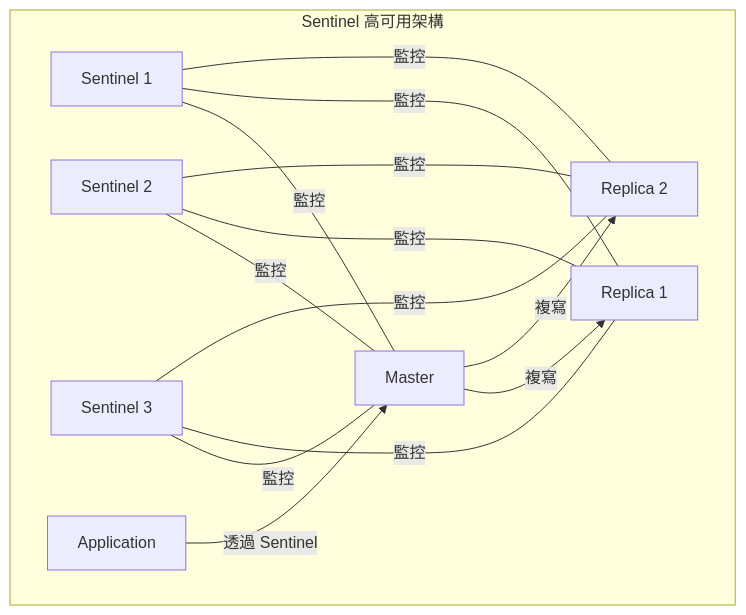
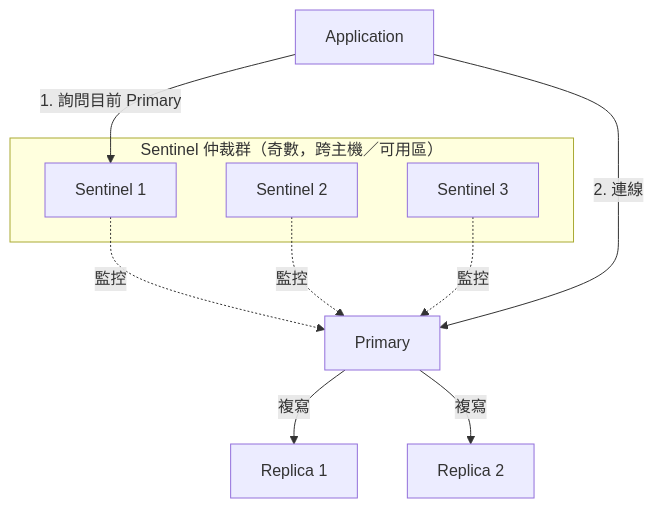
One commit to chihhung/Blog changed the sixth of 30 diagrams in content/posts/教學/工具/Redis教學手冊.md. Above: the diagram before and after it, drawn with Mermaid. The commit also changed other lines of this file and 10 other files, not shown here.

````diff
--- a/content/posts/教學/工具/Redis教學手冊.md
+++ b/content/posts/教學/工具/Redis教學手冊.md
@@ -302,18 +520,15 @@
 ```mermaid
 flowchart TB
-    subgraph "Sentinel 高可用架構"
-        S1[Sentinel 1] ---|監控| M[Master]
-        S2[Sentinel 2] ---|監控| M
-        S3[Sentinel 3] ---|監控| M
-        S1 ---|監控| R1[Replica 1]
-        S2 ---|監控| R1
-        S3 ---|監控| R1
-        S1 ---|監控| R2[Replica 2]
-        S2 ---|監控| R2
-        S3 ---|監控| R2
-        M -->|複寫| R1
-        M -->|複寫| R2
-        
-        APP[Application] -->|透過 Sentinel| M
+    subgraph Sentinels["Sentinel 仲裁群（奇數，跨主機／可用區）"]
+        S1[Sentinel 1]
+        S2[Sentinel 2]
+        S3[Sentinel 3]
     end
+    S1 -.->|監控| M[Primary]
+    S2 -.->|監控| M
+    S3 -.->|監控| M
+    M -->|複寫| R1[Replica 1]
+    M -->|複寫| R2[Replica 2]
+    APP[Application] -->|1. 詢問目前 Primary| S1
+    APP -->|2. 連線| M
 ```
````
